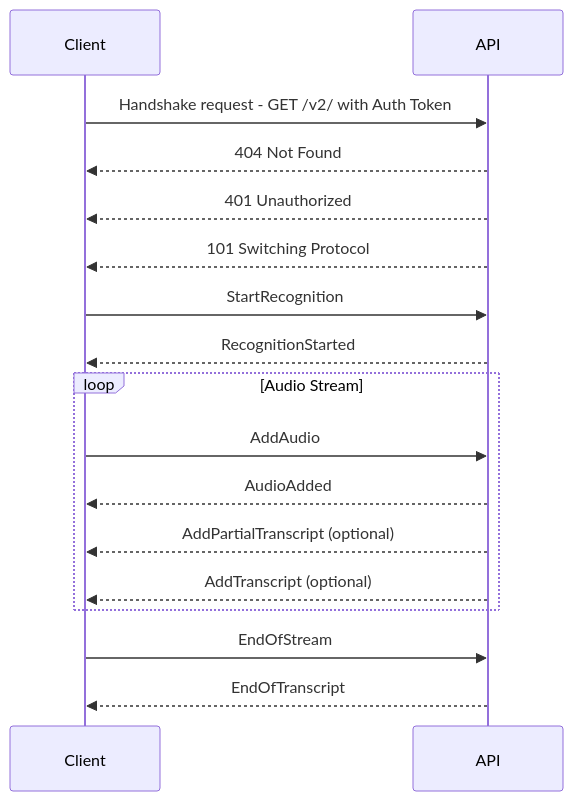
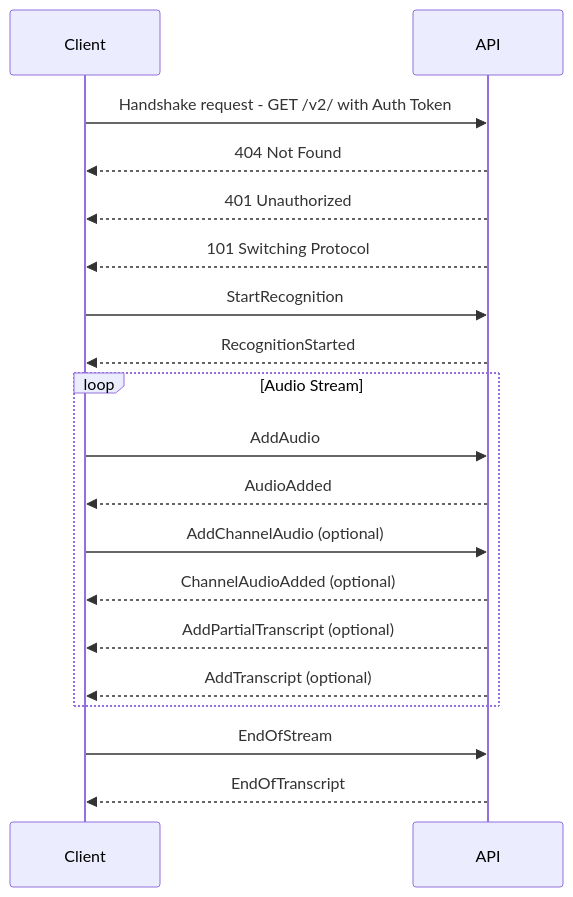
Before and after one commit to speechmatics/docs: the diagram in docs/api-ref/realtime-transcription-websocket.mdx, drawn with Mermaid. The commit also changed 1 other file, not shown here.

Commit message:
Add the new channel dz message details to the rt ref page

````diff
--- a/docs/api-ref/realtime-transcription-websocket.mdx
+++ b/docs/api-ref/realtime-transcription-websocket.mdx
@@ -30,19 +30,21 @@
 ```mermaid
 sequenceDiagram
   participant Client
   participant API
   Client->>API: Handshake request - GET /v2/ with Auth Token
   API-->>Client: 404 Not Found
   API-->>Client: 401 Unauthorized
   API-->>Client: 101 Switching Protocol
   Client->>API: StartRecognition
   API-->>Client: RecognitionStarted
   loop Audio Stream
     Client->>API: AddAudio
     API-->>Client: AudioAdded
+    Client->>API: AddChannelAudio (optional)
+    API-->>Client: ChannelAudioAdded (optional)
     API-->>Client: AddPartialTranscript (optional)
     API-->>Client: AddTranscript (optional)
   end
   Client->>API: EndOfStream
   API-->>Client: EndOfTranscript
 ```
````
